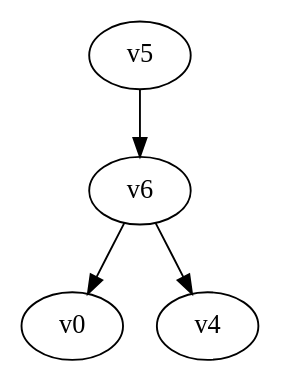
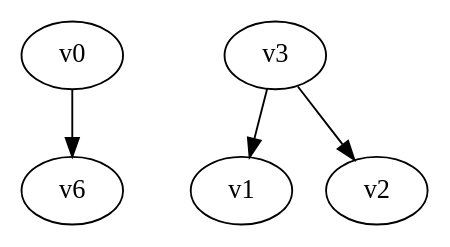
Before and after one commit to yadej/graph_project: the diagram in digraph.dot, drawn with Graphviz. The commit also changed 1 other file, not shown here.

```diff
--- a/digraph.dot
+++ b/digraph.dot
@@ -1,5 +1,5 @@
 digraph G { 
-v5 -> v6;
-v6 -> v0;
-v6 -> v4;
+v0 -> v6;
+v3 -> v1;
+v3 -> v2;
 }
```
